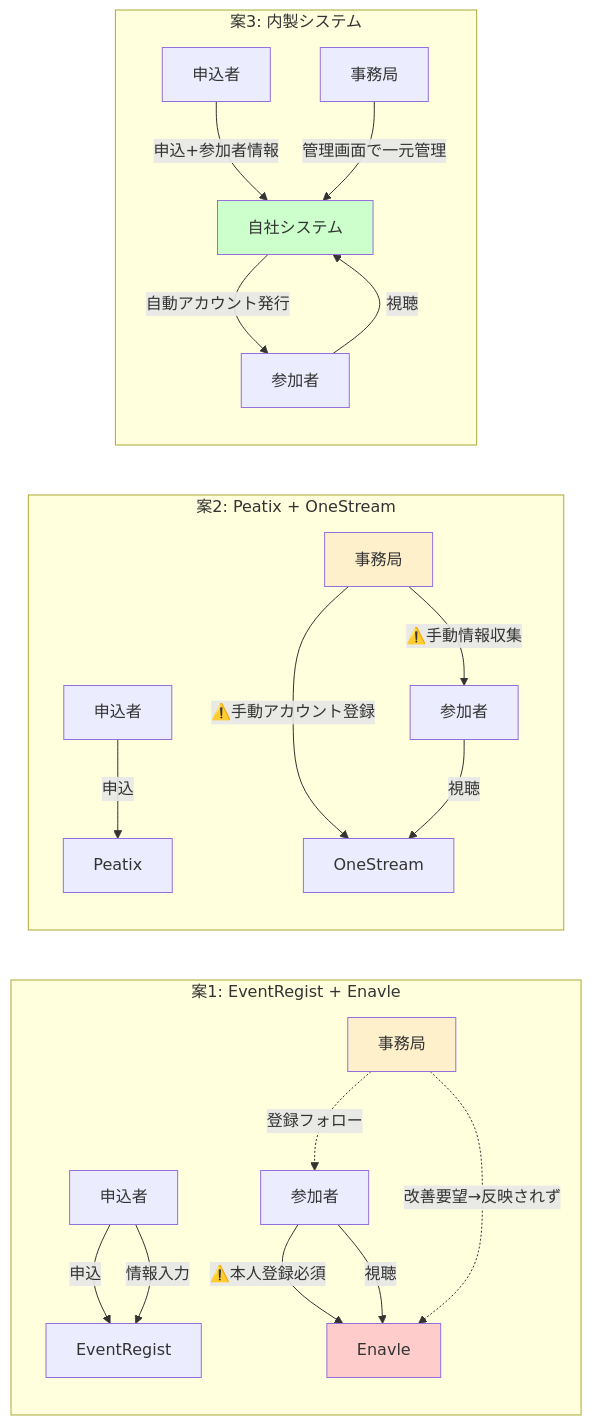
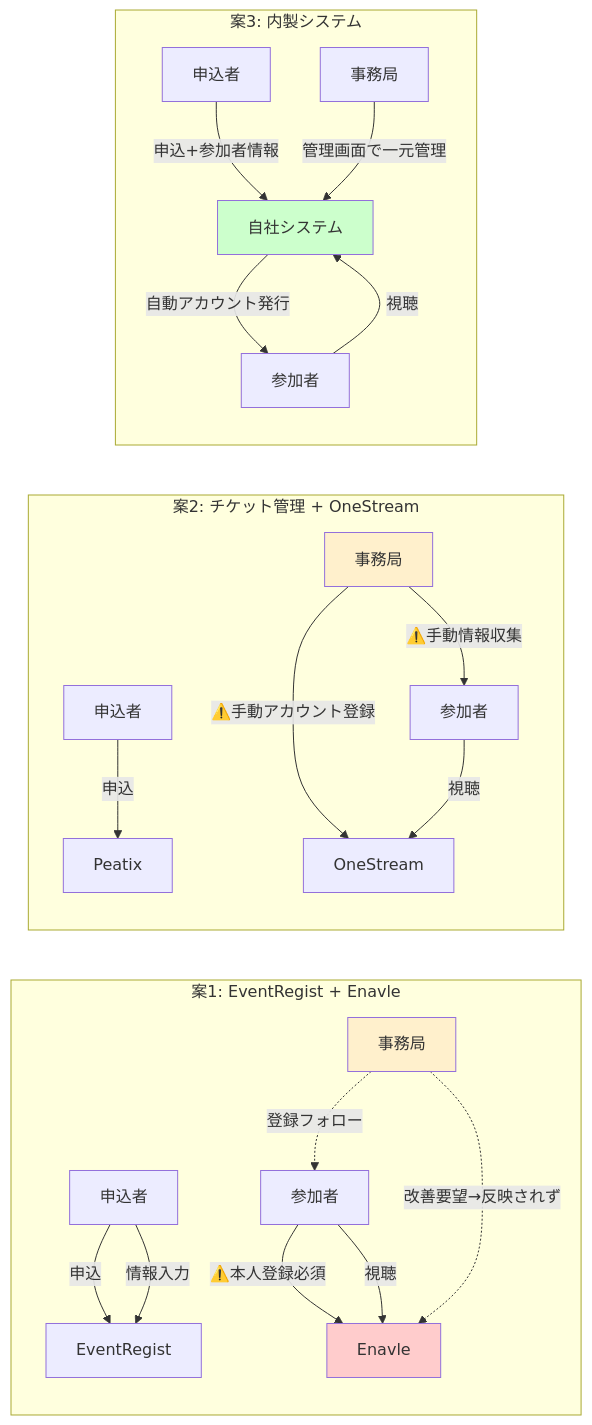
One commit to inini-afk/2026jtffestival changed the fourth of 4 diagrams in JTF翻訳祭_チケット・配信システム比較検討.md. Above: the diagram before and after it, drawn with Mermaid. The commit also changed other lines of this file, not shown here.

````diff
--- a/JTF翻訳祭_チケット・配信システム比較検討.md
+++ b/JTF翻訳祭_チケット・配信システム比較検討.md
@@ -160,30 +162,30 @@
 ```mermaid
 graph LR
     subgraph 案1[案1: EventRegist + Enavle]
         A1[申込者] -->|申込| ER1[EventRegist]
         A1 -->|情報入力| ER1
         P1[参加者] -->|⚠️本人登録必須| EN1[Enavle]
         P1 -->|視聴| EN1
         J1[事務局] -.->|登録フォロー| P1
         J1 -.->|改善要望→反映されず| EN1
     end
 
-    subgraph 案2[案2: Peatix + OneStream]
+    subgraph 案2[案2: チケット管理 + OneStream]
         A2[申込者] -->|申込| PT2[Peatix]
         J2[事務局] -->|⚠️手動情報収集| P2[参加者]
         J2 -->|⚠️手動アカウント登録| OS2[OneStream]
         P2 -->|視聴| OS2
     end
 
     subgraph 案3[案3: 内製システム]
         A3[申込者] -->|申込+参加者情報| SY3[自社システム]
         SY3 -->|自動アカウント発行| P3[参加者]
         P3 -->|視聴| SY3
         J3[事務局] -->|管理画面で一元管理| SY3
     end
 
     style EN1 fill:#ffcccc
     style J1 fill:#fff0cc
     style J2 fill:#fff0cc
     style SY3 fill:#ccffcc
 ```
````
